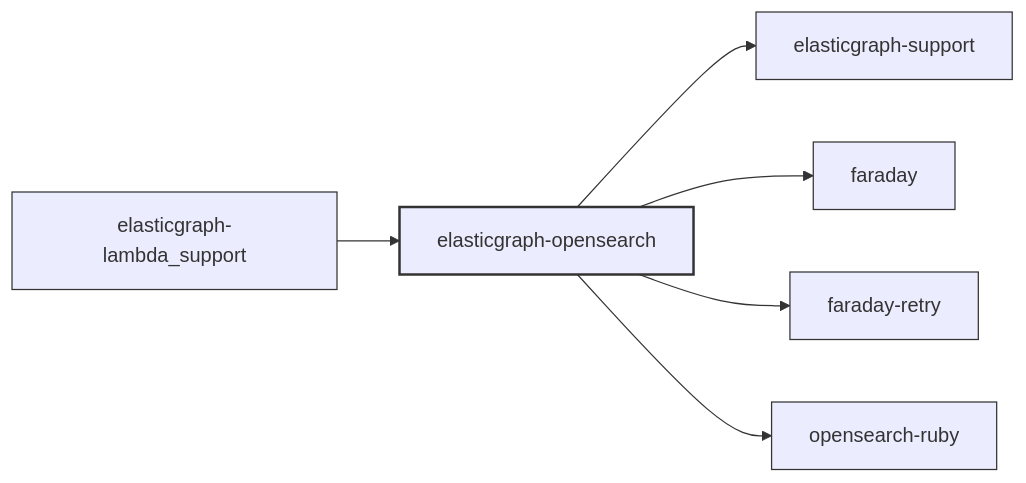
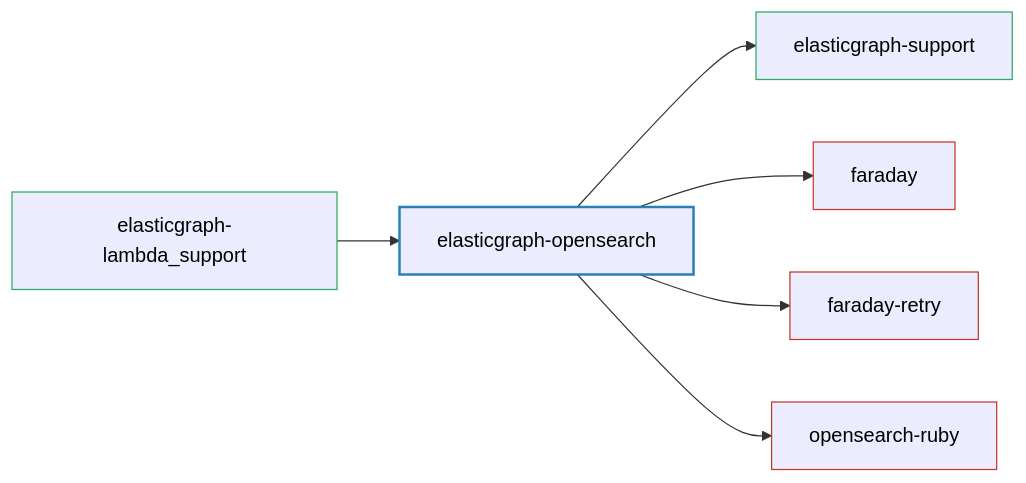
Before and after one commit to block/elasticgraph: the diagram in elasticgraph-opensearch/README.md, drawn with Mermaid. The commit also changed 21 other files, not shown here.

````diff
--- a/elasticgraph-opensearch/README.md
+++ b/elasticgraph-opensearch/README.md
@@ -7,18 +7,20 @@
 ```mermaid
 graph LR;
+    elasticgraph-opensearch["elasticgraph-opensearch"];
+    elasticgraph-support["elasticgraph-support"];
     elasticgraph-opensearch --> elasticgraph-support;
+    faraday["faraday"];
     elasticgraph-opensearch --> faraday;
+    faraday-retry["faraday-retry"];
     elasticgraph-opensearch --> faraday-retry;
+    opensearch-ruby["opensearch-ruby"];
     elasticgraph-opensearch --> opensearch-ruby;
+    elasticgraph-lambda_support["elasticgraph-lambda_support"];
     elasticgraph-lambda_support --> elasticgraph-opensearch;
-    classDef currentGemStyle fill:#lightblue,stroke:#333,stroke-width:2px;
-    classDef internalEgGemStyle fill:#lightgreen,stroke:#333,stroke-width:1px;
-    classDef externalGemStyle fill:#lightcoral,stroke:#333,stroke-width:1px;
-    classDef placeholderNodeStyle fill:#eee,stroke:#333,stroke-width:1px;
-    class elasticgraph-opensearch currentGemStyle;
-    class elasticgraph-support internalEgGemStyle;
-    class faraday externalGemStyle;
-    class faraday-retry externalGemStyle;
-    class opensearch-ruby externalGemStyle;
-    class elasticgraph-lambda_support internalEgGemStyle;
+    style elasticgraph-opensearch fill:#lightblue,stroke:#2980b9,stroke-width:2px,color:#000;
+    style elasticgraph-support fill:#lightgreen,stroke:#27ae60,stroke-width:1px,color:#000;
+    style faraday fill:#lightcoral,stroke:#c0392b,stroke-width:1px,color:#000;
+    style faraday-retry fill:#lightcoral,stroke:#c0392b,stroke-width:1px,color:#000;
+    style opensearch-ruby fill:#lightcoral,stroke:#c0392b,stroke-width:1px,color:#000;
+    style elasticgraph-lambda_support fill:#lightgreen,stroke:#27ae60,stroke-width:1px,color:#000;
 ```
````
